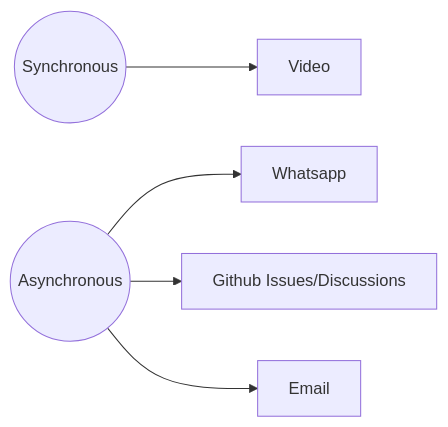
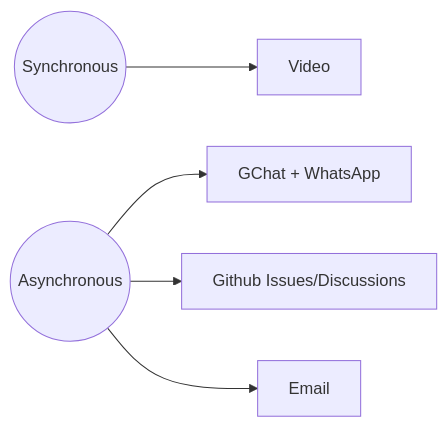
One commit to life-itself/tao changed the diagram in onboarding.md. Above: the diagram before and after it, drawn with Mermaid. The commit also changed other lines of this file, not shown here.

````diff
--- a/onboarding.md
+++ b/onboarding.md
@@ -171,11 +166,11 @@
 ```mermaid
 graph LR
 
 sync((Synchronous))
 async((Asynchronous))
 
 sync --> video[Video]
-async --> chat[Whatsapp]
+async --> chat[GChat + WhatsApp]
 async --> github[Github Issues/Discussions]
 async --> email[Email]
 ```
````
